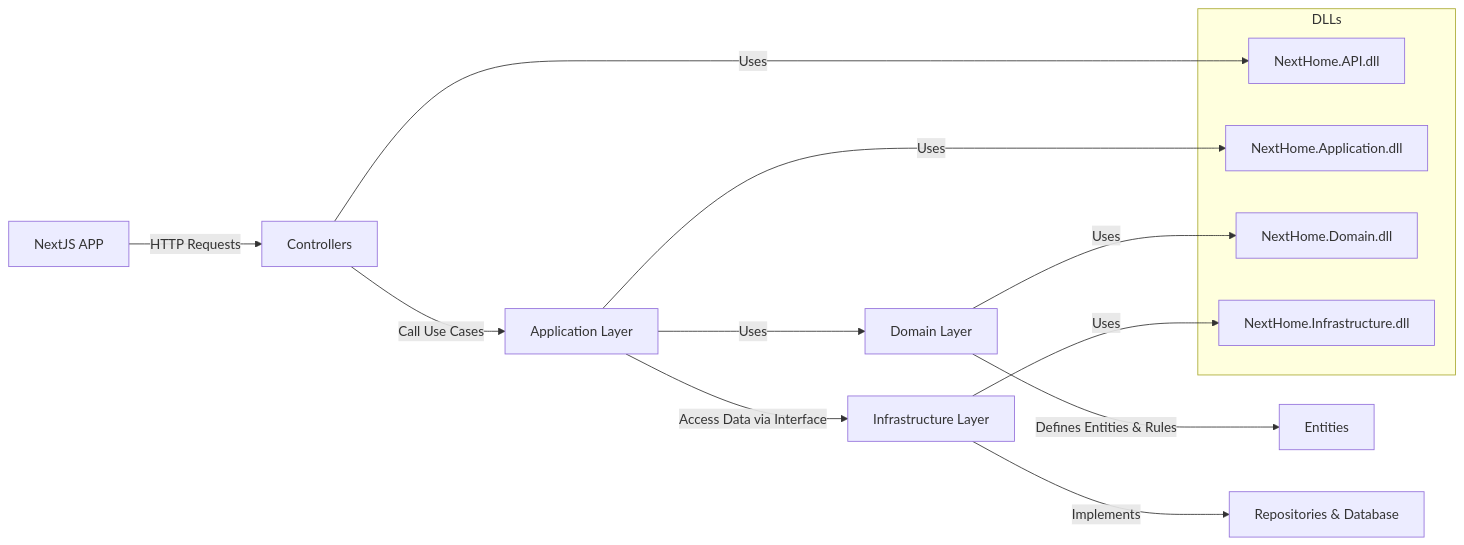
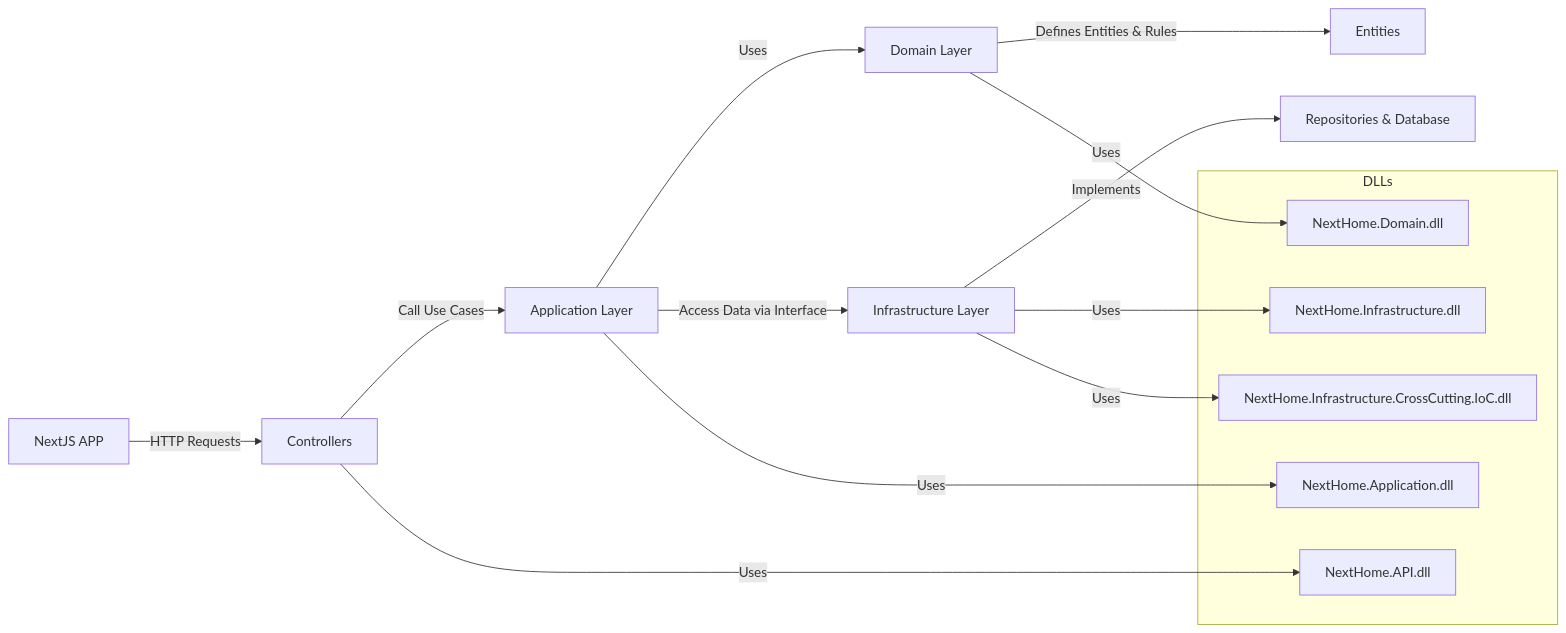
The diagram in README.md (nhmatsumoto/NextHome-API), drawn with Mermaid before and after one commit.

Commit message:
Update README.md
add IoC Layer in mermaid

````diff
--- a/README.md
+++ b/README.md
@@ -19,21 +19,23 @@
 ```mermaid
 graph LR
   A[NextJS APP]-->|HTTP Requests| B[Controllers]
   B -->|Call Use Cases| C[Application Layer]
   C -->|Uses| D[Domain Layer]
   C -->|Access Data via Interface| E[Infrastructure Layer]
   D -->|Defines Entities & Rules| F[Entities]
   E -->|Implements| G[Repositories & Database]
 
   subgraph DLLs
     H[NextHome.API.dll]
     I[NextHome.Application.dll]
     J[NextHome.Domain.dll]
     K[NextHome.Infrastructure.dll]
+    L[NextHome.Infrastructure.CrossCutting.IoC.dll]
   end
 
   B -->|Uses| H
   C -->|Uses| I
   D -->|Uses| J
   E -->|Uses| K
+  E -->|Uses| L
 ```
````
